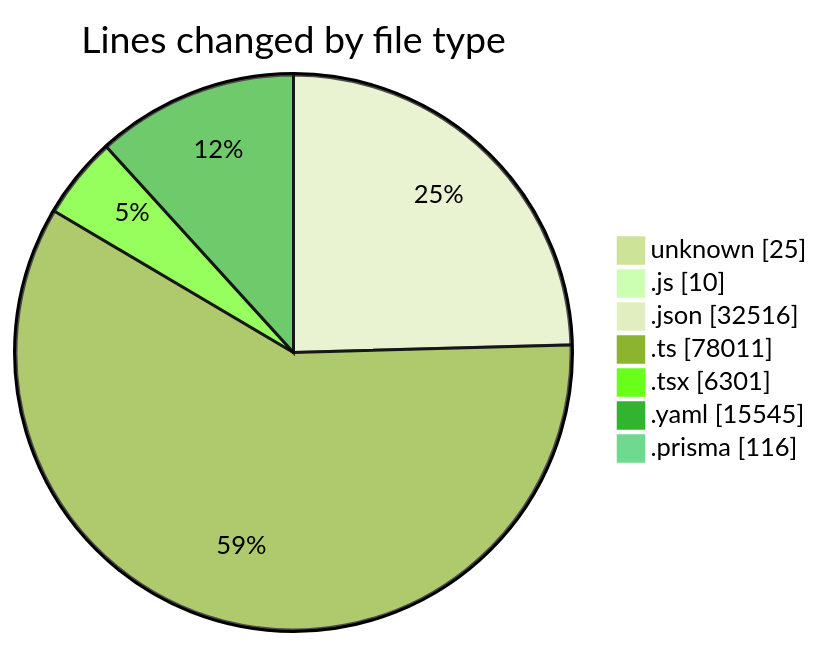
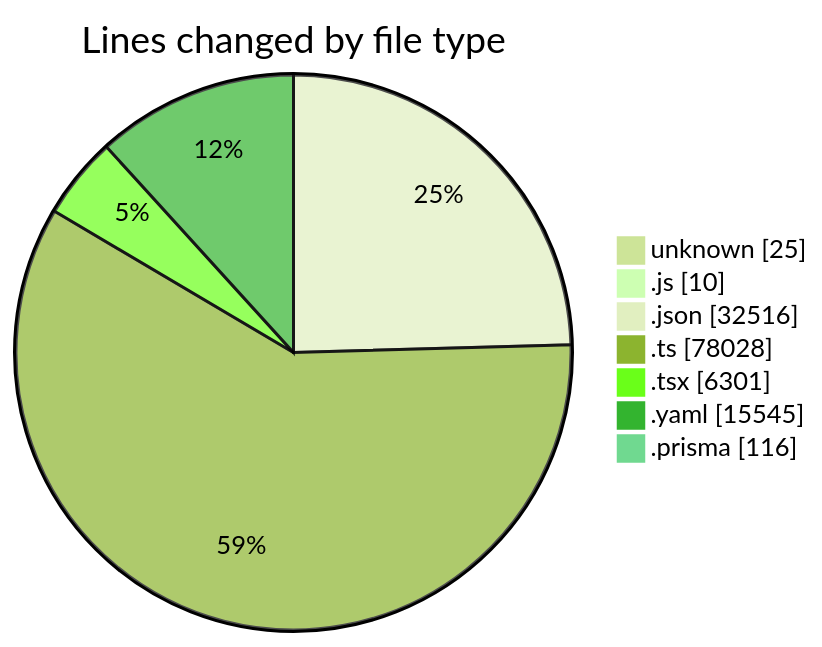
The first of 2 diagrams in 2025-05-02/ecodeli/README.md (CELIANVF/code-tracking), drawn with Mermaid (forest theme) before and after one commit. The commit also changed other lines of this file and 1 other file, not shown here.

````diff
--- a/2025-05-02/ecodeli/README.md
+++ b/2025-05-02/ecodeli/README.md
@@ -92,11 +92,11 @@
 ```mermaid
 pie showData
 title Lines changed by file type
 "unknown" : 25
 ".js" : 10
 ".json" : 32516
-".ts" : 78011
+".ts" : 78028
 ".tsx" : 6301
 ".yaml" : 15545
 ".prisma" : 116
 ```
````
